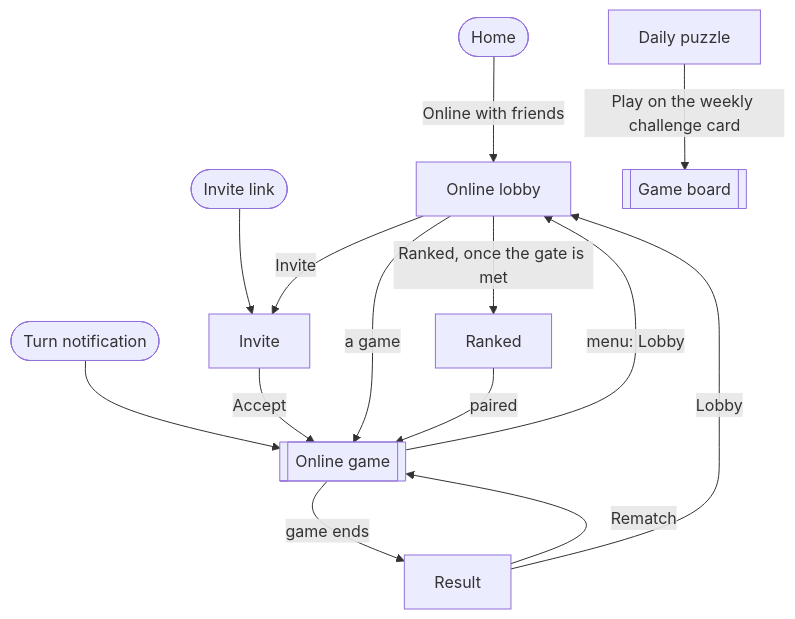
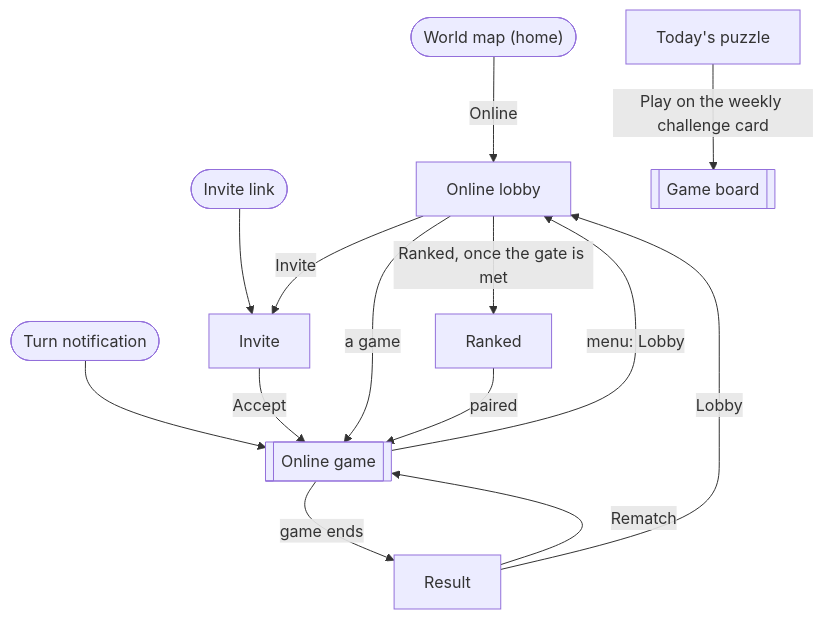
One commit to Pavelya/dots changed the third of 3 diagrams in docs/design/flows.md. Above: the diagram before and after it, drawn with Mermaid. The commit also changed other lines of this file, not shown here.

First line of the commit message:
D-13: The map is home, no tab bar (#151)

````diff
--- a/docs/design/flows.md
+++ b/docs/design/flows.md
@@ -104,27 +107,27 @@
 ```mermaid
 flowchart TD
-    home(["Home"])
-    daily["Daily puzzle"]
+    map(["World map (home)"])
+    daily["Today's puzzle"]
     link(["Invite link"])
     notification(["Turn notification"])
     lobby["Online lobby"]
     invite["Invite"]
     ranked["Ranked"]
     online[["Online game"]]
     result["Result"]
     board[["Game board"]]
 
-    home -->|"Online with friends"| lobby
+    map -->|"Online"| lobby
     lobby -->|"Invite"| invite
     link --> invite
     invite -->|"Accept"| online
     lobby -->|"a game"| online
     notification --> online
     lobby -->|"Ranked, once the gate is met"| ranked
     ranked -->|"paired"| online
     online -->|"menu: Lobby"| lobby
     online -->|"game ends"| result
     result -->|"Rematch"| online
     result -->|"Lobby"| lobby
     daily -->|"Play on the weekly challenge card"| board
 ```
````
